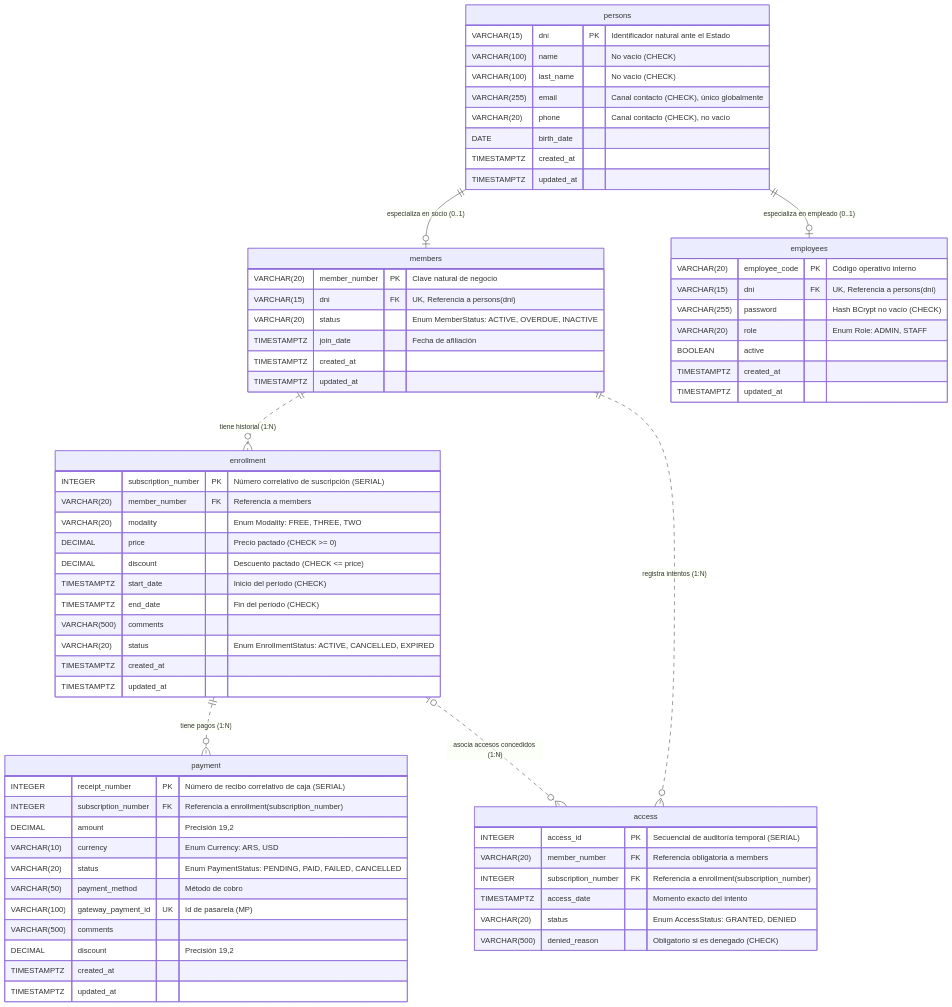
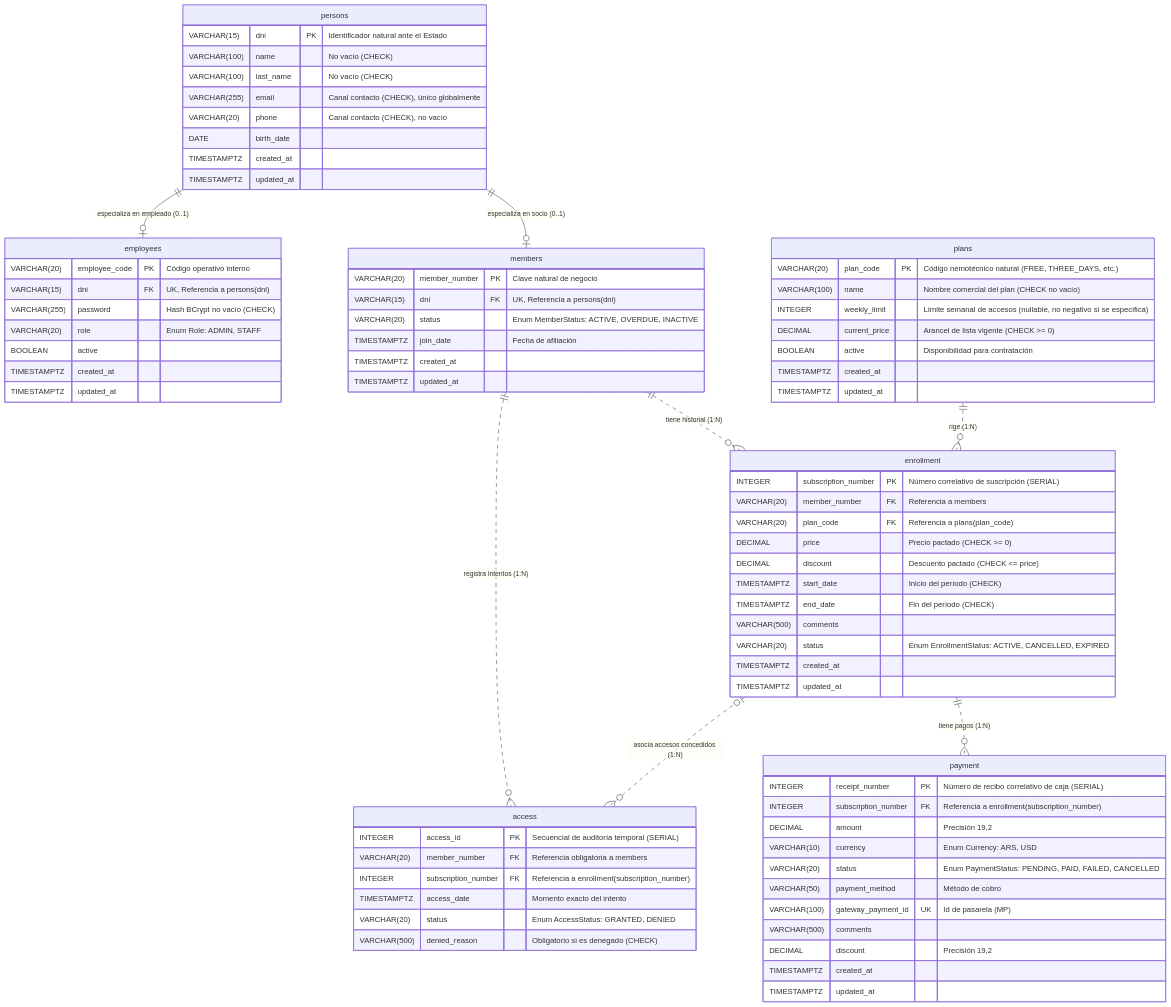
The second of 2 diagrams in docs/entidades.md (santiagovOK/TFI_grupo144), drawn with Mermaid before and after one commit. The commit also changed other lines of this file and 4 other files, not shown here.

````diff
--- a/docs/entidades.md
+++ b/docs/entidades.md
@@ -68,70 +99,80 @@
 ```mermaid
 erDiagram
     persons {
         VARCHAR(15) dni PK "Identificador natural ante el Estado"
         VARCHAR(100) name "No vacío (CHECK)"
         VARCHAR(100) last_name "No vacío (CHECK)"
         VARCHAR(255) email "Canal contacto (CHECK), único globalmente"
         VARCHAR(20) phone "Canal contacto (CHECK), no vacío"
         DATE birth_date
         TIMESTAMPTZ created_at
         TIMESTAMPTZ updated_at
     }
     members {
         VARCHAR(20) member_number PK "Clave natural de negocio"
         VARCHAR(15) dni FK "UK, Referencia a persons(dni)"
         VARCHAR(20) status "Enum MemberStatus: ACTIVE, OVERDUE, INACTIVE"
         TIMESTAMPTZ join_date "Fecha de afiliación"
         TIMESTAMPTZ created_at
         TIMESTAMPTZ updated_at
     }
     employees {
         VARCHAR(20) employee_code PK "Código operativo interno"
         VARCHAR(15) dni FK "UK, Referencia a persons(dni)"
         VARCHAR(255) password "Hash BCrypt no vacío (CHECK)"
         VARCHAR(20) role "Enum Role: ADMIN, STAFF"
         BOOLEAN active
         TIMESTAMPTZ created_at
         TIMESTAMPTZ updated_at
     }
+    plans {
+        VARCHAR(20) plan_code PK "Código nemotécnico natural (FREE, THREE_DAYS, etc.)"
+        VARCHAR(100) name "Nombre comercial del plan (CHECK no vacío)"
+        INTEGER weekly_limit "Límite semanal de accesos (nullable, no negativo si se especifica)"
+        DECIMAL current_price "Arancel de lista vigente (CHECK >= 0)"
+        BOOLEAN active "Disponibilidad para contratación"
+        TIMESTAMPTZ created_at
+        TIMESTAMPTZ updated_at
+    }
     enrollment {
         INTEGER subscription_number PK "Número correlativo de suscripción (SERIAL)"
         VARCHAR(20) member_number FK "Referencia a members"
-        VARCHAR(20) modality "Enum Modality: FREE, THREE, TWO"
+        VARCHAR(20) plan_code FK "Referencia a plans(plan_code)"
         DECIMAL price "Precio pactado (CHECK >= 0)"
         DECIMAL discount "Descuento pactado (CHECK <= price)"
         TIMESTAMPTZ start_date "Inicio del período (CHECK)"
         TIMESTAMPTZ end_date "Fin del período (CHECK)"
         VARCHAR(500) comments
         VARCHAR(20) status "Enum EnrollmentStatus: ACTIVE, CANCELLED, EXPIRED"
         TIMESTAMPTZ created_at
         TIMESTAMPTZ updated_at
     }
     payment {
         INTEGER receipt_number PK "Número de recibo correlativo de caja (SERIAL)"
         INTEGER subscription_number FK "Referencia a enrollment(subscription_number)"
         DECIMAL amount "Precisión 19,2"
         VARCHAR(10) currency "Enum Currency: ARS, USD"
         VARCHAR(20) status "Enum PaymentStatus: PENDING, PAID, FAILED, CANCELLED"
         VARCHAR(50) payment_method "Método de cobro"
         VARCHAR(100) gateway_payment_id UK "Id de pasarela (MP)"
         VARCHAR(500) comments
         DECIMAL discount "Precisión 19,2"
         TIMESTAMPTZ created_at
         TIMESTAMPTZ updated_at
     }
     access {
         INTEGER access_id PK "Secuencial de auditoría temporal (SERIAL)"
         VARCHAR(20) member_number FK "Referencia obligatoria a members"
         INTEGER subscription_number FK "Referencia a enrollment(subscription_number)"
         TIMESTAMPTZ access_date "Momento exacto del intento"
         VARCHAR(20) status "Enum AccessStatus: GRANTED, DENIED"
         VARCHAR(500) denied_reason "Obligatorio si es denegado (CHECK)"
     }
     persons ||--|o members : "especializa en socio (0..1)"
     persons ||--|o employees : "especializa en empleado (0..1)"
+    plans ||..o{ enrollment : "rige (1:N)"
     members ||..o{ enrollment : "tiene historial (1:N)"
     members ||..o{ access : "registra intentos (1:N)"
     enrollment ||..o{ payment : "tiene pagos (1:N)"
     enrollment |o..o{ access : "asocia accesos concedidos (1:N)"
 ```
````
